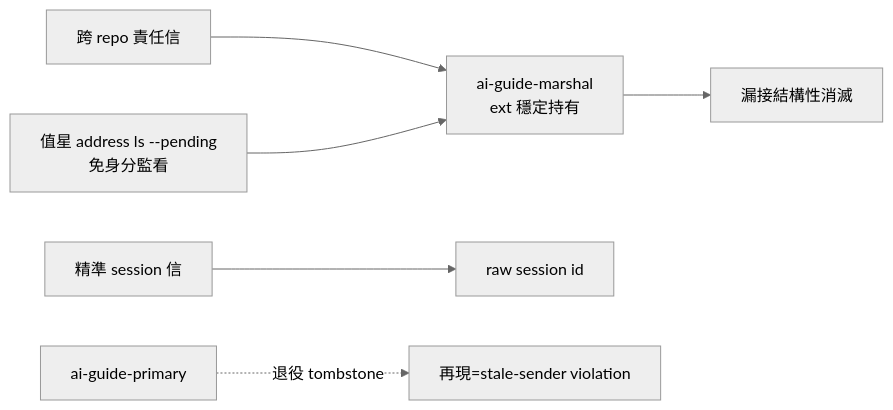
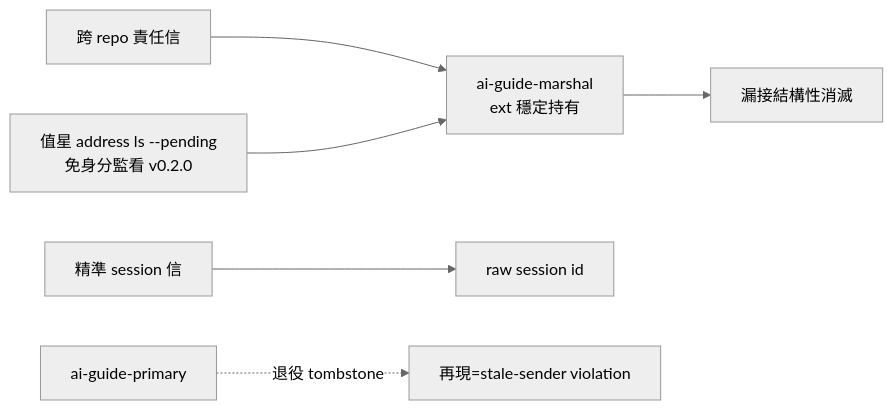
One commit to ChiahungTai/ai-guide changed the second of 2 diagrams in backlog/tasks/air-225 - scbus-收件統一單一門牌——ai-guide-marshal-唯一-durable-address＋primary-退役.md. Above: the diagram before and after it, drawn with Mermaid (neutral theme). The commit also changed other lines of this file, not shown here.

Commit message:
chore(backlog): AIR-225 結案 Done——單一門牌收案＋as-built 終態圖＋AC 九項全勾

````diff
--- a/backlog/tasks/air-225 - scbus-收件統一單一門牌——ai-guide-marshal-唯一-durable-address＋primary-退役.md
+++ b/backlog/tasks/air-225 - scbus-收件統一單一門牌——ai-guide-marshal-唯一-durable-address＋primary-退役.md
@@ -67,8 +67,8 @@
 ```mermaid
 flowchart LR
     S1["跨 repo 責任信"] --> M["ai-guide-marshal<br/>ext 穩定持有"]
     S2["精準 session 信"] --> SM["raw session id"]
-    V["值星 address ls --pending<br/>免身分監看"] --> M
+    V["值星 address ls --pending<br/>免身分監看 v0.2.0"] --> M
     P["ai-guide-primary"] -.->|"退役 tombstone"| X["再現=stale-sender violation"]
     M --> OK["漏接結構性消滅"]
 ```
````
